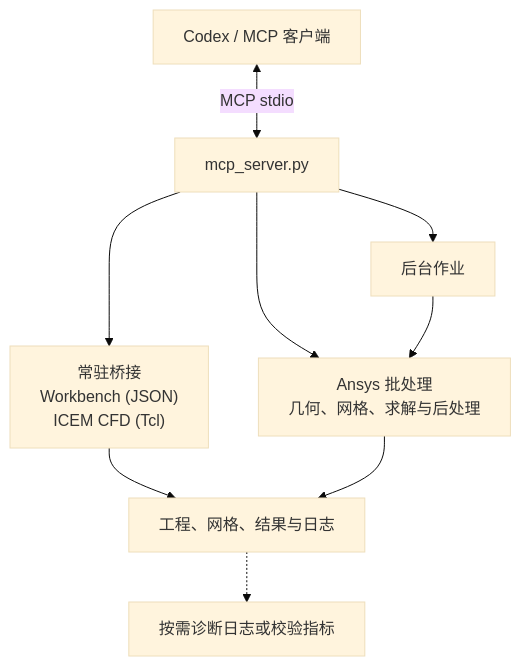
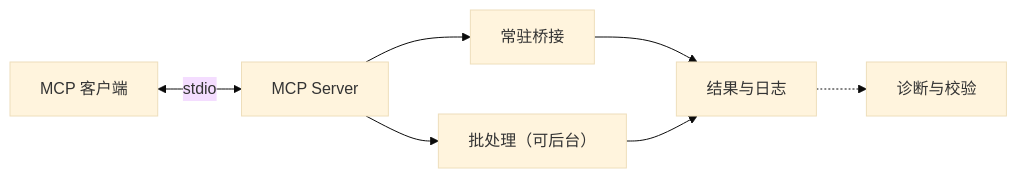
One commit to hongwenwang36-eng/ANSYS-Workbench-mcp changed the diagram in README.md. Above: the diagram before and after it, drawn with Mermaid (base theme). The commit also changed other lines of this file and 4 other files, not shown here.

Commit message:
docs: compact workflow diagrams and localize Fluent FSI example

````diff
--- a/README.md
+++ b/README.md
@@ -53,11 +53,9 @@
 ```mermaid
-flowchart TD
-    Client["Codex / MCP 客户端"] <-->|MCP stdio| Server["mcp_server.py"]
-    Server --> Live["常驻桥接<br/>Workbench (JSON)<br/>ICEM CFD (Tcl)"]
-    Server --> Batch["Ansys 批处理<br/>几何、网格、求解与后处理"]
-    Server --> Jobs["后台作业"]
-    Jobs --> Batch
-    Live --> Output["工程、网格、结果与日志"]
+flowchart LR
+    Client["MCP 客户端"] <-->|stdio| Server["MCP Server"]
+    Server --> Live["常驻桥接"]
+    Server --> Batch["批处理（可后台）"]
+    Live --> Output["结果与日志"]
     Batch --> Output
-    Output -.-> Checks["按需诊断日志或校验指标"]
+    Output -.-> Checks["诊断与校验"]
 ```
````
